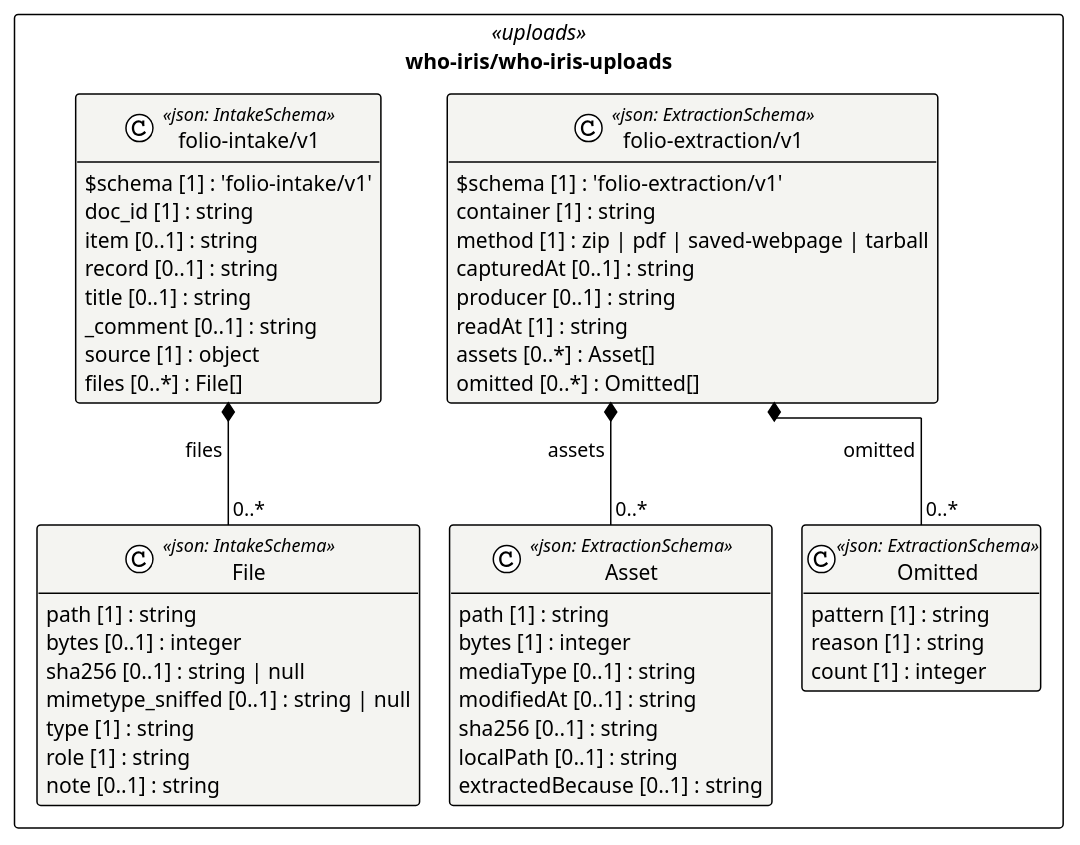
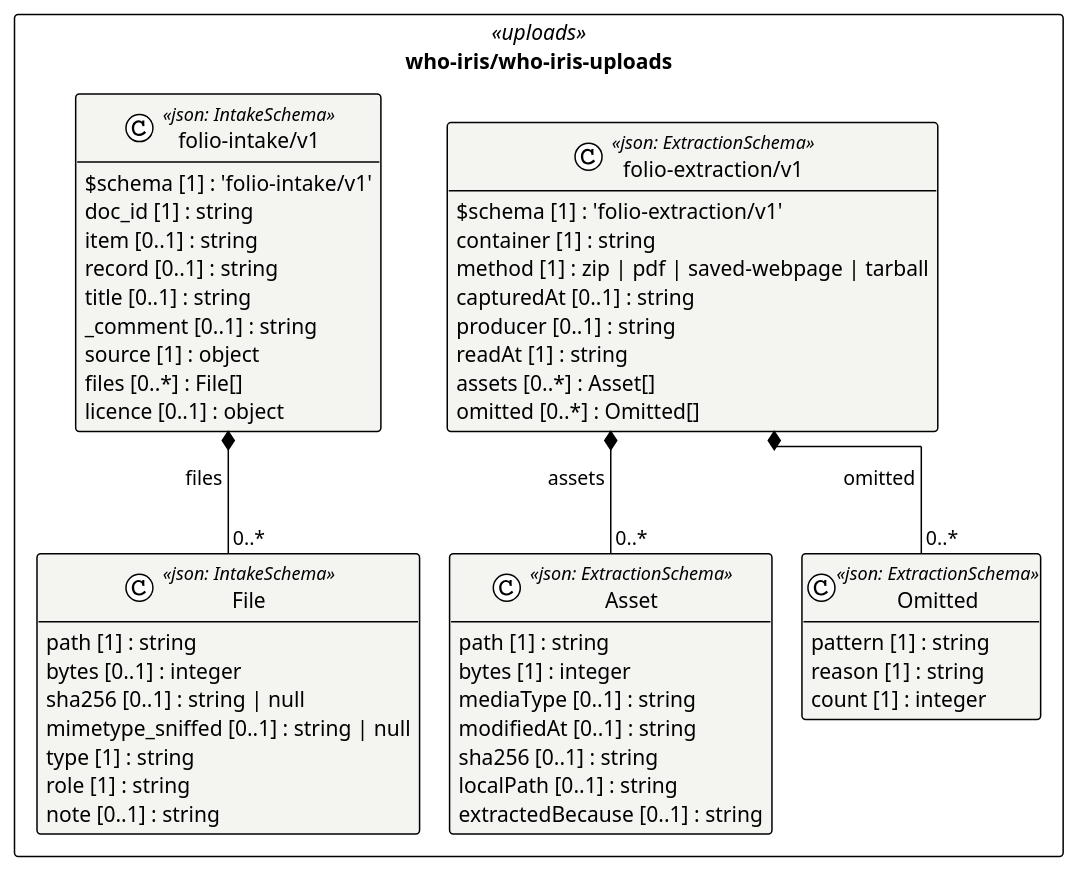
One commit to litlfred/folio-assistant changed the diagram in cat-harness/uml/overview/who-iris/who-iris-uploads.puml. Above: the diagram before and after it, drawn with PlantUML. The commit also changed 51 other files, not shown here.

```diff
--- a/cat-harness/uml/overview/who-iris/who-iris-uploads.puml
+++ b/cat-harness/uml/overview/who-iris/who-iris-uploads.puml
@@ -3,58 +3,59 @@
 @startuml who_iris_who_iris_uploads
 !pragma layout elk
 !theme plain
 skinparam classAttributeIconSize 0
 skinparam shadowing false
 skinparam packageStyle rectangle
 hide empty methods
 
 package "who-iris/who-iris-uploads" as pkg_who_iris_who_iris_uploads <<uploads>> {
   class "Asset" as who_iris_who_iris_uploads_folio_extraction_v1_Asset <<json: ExtractionSchema>> #f4f4f1 {
     path [1] : string
     bytes [1] : integer
     mediaType [0..1] : string
     modifiedAt [0..1] : string
     sha256 [0..1] : string
     localPath [0..1] : string
     extractedBecause [0..1] : string
   }
   class "Omitted" as who_iris_who_iris_uploads_folio_extraction_v1_Omitted <<json: ExtractionSchema>> #f4f4f1 {
     pattern [1] : string
     reason [1] : string
     count [1] : integer
   }
   class "folio-extraction/v1" as who_iris_who_iris_uploads_folio_extraction_v1_folio_extraction_v1 <<json: ExtractionSchema>> #f4f4f1 {
     $schema [1] : 'folio-extraction/v1'
     container [1] : string
     method [1] : zip | pdf | saved-webpage | tarball
     capturedAt [0..1] : string
     producer [0..1] : string
     readAt [1] : string
     assets [0..*] : Asset[]
     omitted [0..*] : Omitted[]
   }
   class "File" as who_iris_who_iris_uploads_folio_intake_v1_File <<json: IntakeSchema>> #f4f4f1 {
     path [1] : string
     bytes [0..1] : integer
     sha256 [0..1] : string | null
     mimetype_sniffed [0..1] : string | null
     type [1] : string
     role [1] : string
     note [0..1] : string
   }
   class "folio-intake/v1" as who_iris_who_iris_uploads_folio_intake_v1_folio_intake_v1 <<json: IntakeSchema>> #f4f4f1 {
     $schema [1] : 'folio-intake/v1'
     doc_id [1] : string
     item [0..1] : string
     record [0..1] : string
     title [0..1] : string
     _comment [0..1] : string
     source [1] : object
     files [0..*] : File[]
+    licence [0..1] : object
   }
 }
 
 who_iris_who_iris_uploads_folio_extraction_v1_folio_extraction_v1 *-- "0..*" who_iris_who_iris_uploads_folio_extraction_v1_Asset : assets
 who_iris_who_iris_uploads_folio_extraction_v1_folio_extraction_v1 *-- "0..*" who_iris_who_iris_uploads_folio_extraction_v1_Omitted : omitted
 who_iris_who_iris_uploads_folio_intake_v1_folio_intake_v1 *-- "0..*" who_iris_who_iris_uploads_folio_intake_v1_File : files
 @enduml
```
